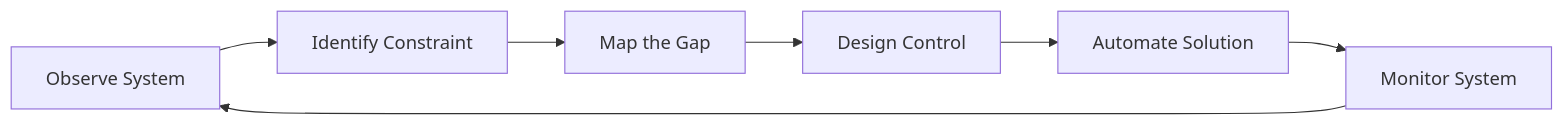
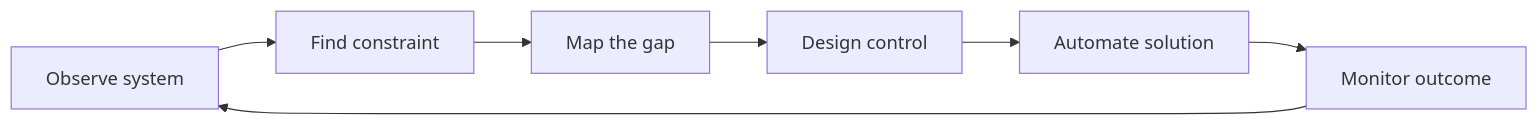
Before and after one commit to davidcockson-compliance/davidcockson-compliance: the diagram in README.md, drawn with Mermaid. The commit also changed other lines of this file, not shown here.

````diff
--- a/README.md
+++ b/README.md
@@ -68,10 +134,9 @@
 ```mermaid
 flowchart LR
-
-A[Observe System] --> B[Identify Constraint]
-B --> C[Map the Gap]
-C --> D[Design Control]
-D --> E[Automate Solution]
-E --> F[Monitor System]
+A[Observe system] --> B[Find constraint]
+B --> C[Map the gap]
+C --> D[Design control]
+D --> E[Automate solution]
+E --> F[Monitor outcome]
 F --> A
 ```
````
